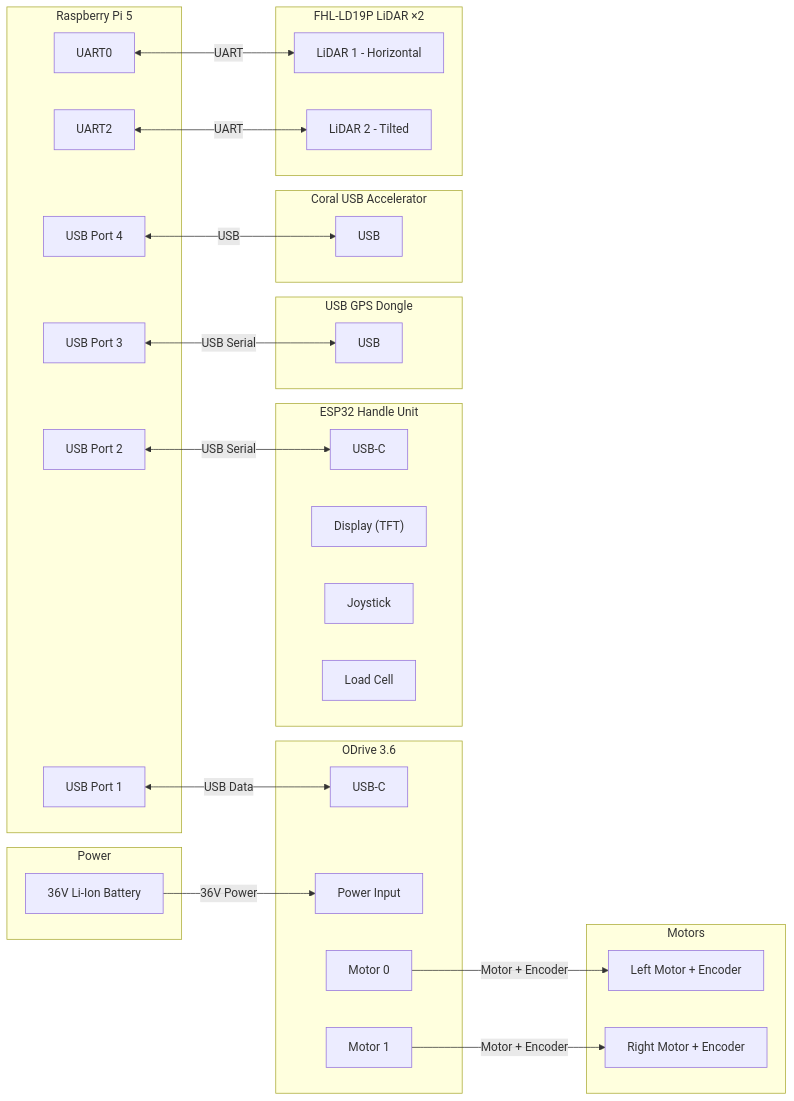
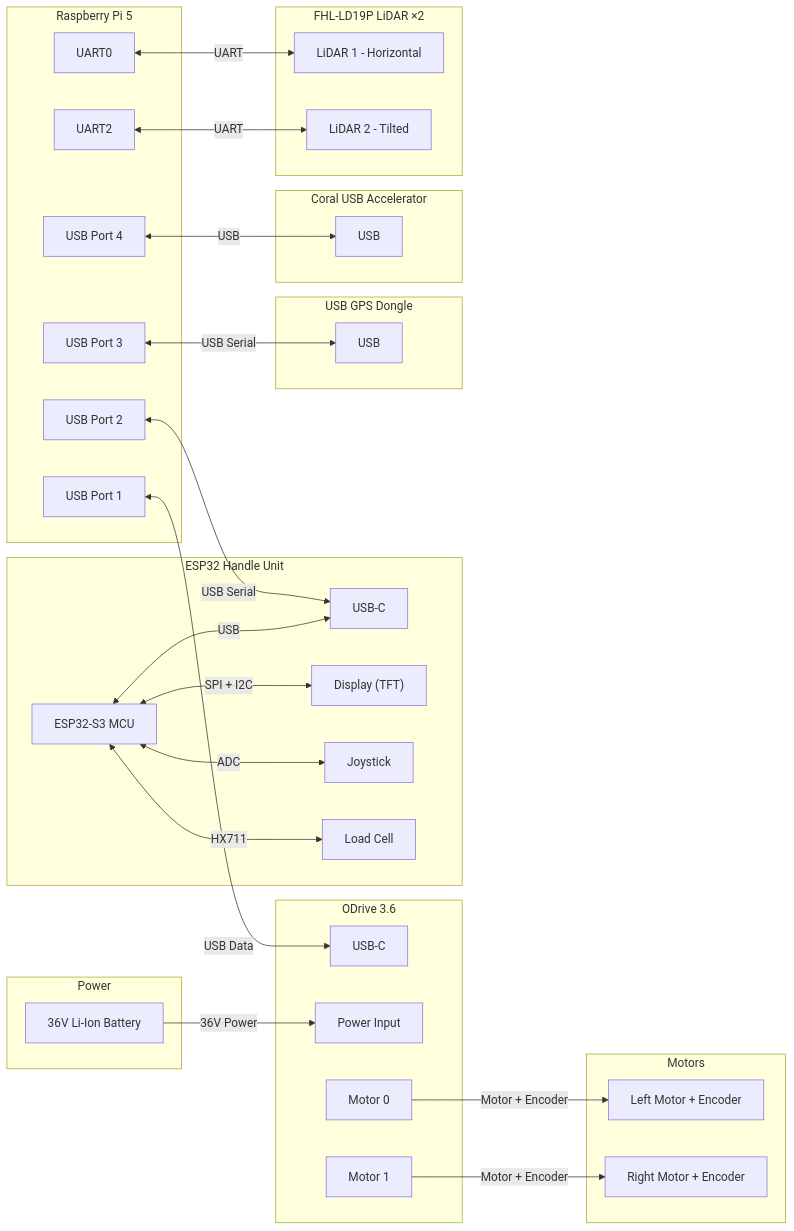
One commit to schmidt-daniel/golfcart-ai changed the first of 2 diagrams in docs/wiring.md. Above: the diagram before and after it, drawn with Mermaid.

Commit message:
docs: show ESP32 MCU connections to display/joystick/load cell

````diff
--- a/docs/wiring.md
+++ b/docs/wiring.md
@@ -24,57 +24,62 @@
 ```mermaid
 graph LR
     subgraph Power
         BAT[36V Li-Ion Battery]
     end
 
     subgraph RPi[Raspberry Pi 5]
         RPI_USB1[USB Port 1]
         RPI_USB2[USB Port 2]
         RPI_USB3[USB Port 3]
         RPI_USB4[USB Port 4]
         RPI_UART0[UART0]
         RPI_UART2[UART2]
     end
 
     subgraph ODrive[ODrive 3.6]
         ODRIVE_USB[USB-C]
         ODRIVE_PWR[Power Input]
         ODRIVE_M0[Motor 0]
         ODRIVE_M1[Motor 1]
     end
 
     subgraph Motors
         M0[Left Motor + Encoder]
         M1[Right Motor + Encoder]
     end
 
     subgraph Handle[ESP32 Handle Unit]
+        HANDLE_MCU[ESP32-S3 MCU]
         HANDLE_USB[USB-C]
         HANDLE_DISPLAY["Display (TFT)"]
         HANDLE_JOY[Joystick]
         HANDLE_LOAD[Load Cell]
     end
 
     subgraph GPS[USB GPS Dongle]
         GPS_USB[USB]
     end
 
     subgraph Coral[Coral USB Accelerator]
         CORAL_USB[USB]
     end
 
     subgraph Lidar[FHL-LD19P LiDAR ×2]
         LIDAR1[LiDAR 1 - Horizontal]
         LIDAR2[LiDAR 2 - Tilted]
     end
 
     BAT -->|36V Power| ODRIVE_PWR
     RPI_USB1 <-->|USB Data| ODRIVE_USB
     ODRIVE_M0 -->|Motor + Encoder| M0
     ODRIVE_M1 -->|Motor + Encoder| M1
     RPI_USB2 <-->|USB Serial| HANDLE_USB
     RPI_USB3 <-->|USB Serial| GPS_USB
     RPI_USB4 <-->|USB| CORAL_USB
     RPI_UART0 <-->|UART| LIDAR1
     RPI_UART2 <-->|UART| LIDAR2
+    HANDLE_MCU <-->|SPI + I2C| HANDLE_DISPLAY
+    HANDLE_MCU <-->|ADC| HANDLE_JOY
+    HANDLE_MCU <-->|HX711| HANDLE_LOAD
+    HANDLE_MCU <-->|USB| HANDLE_USB
 ```
````
